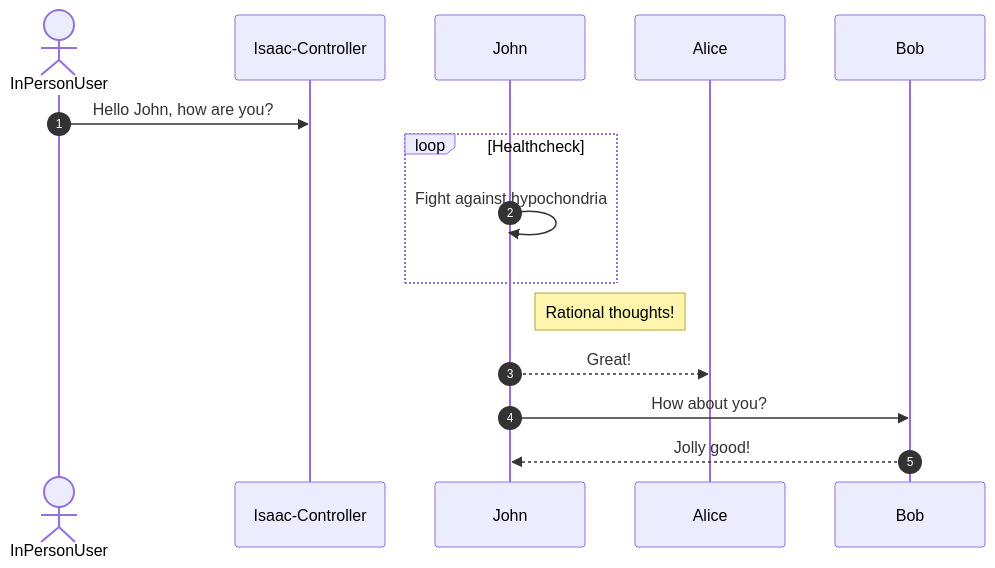
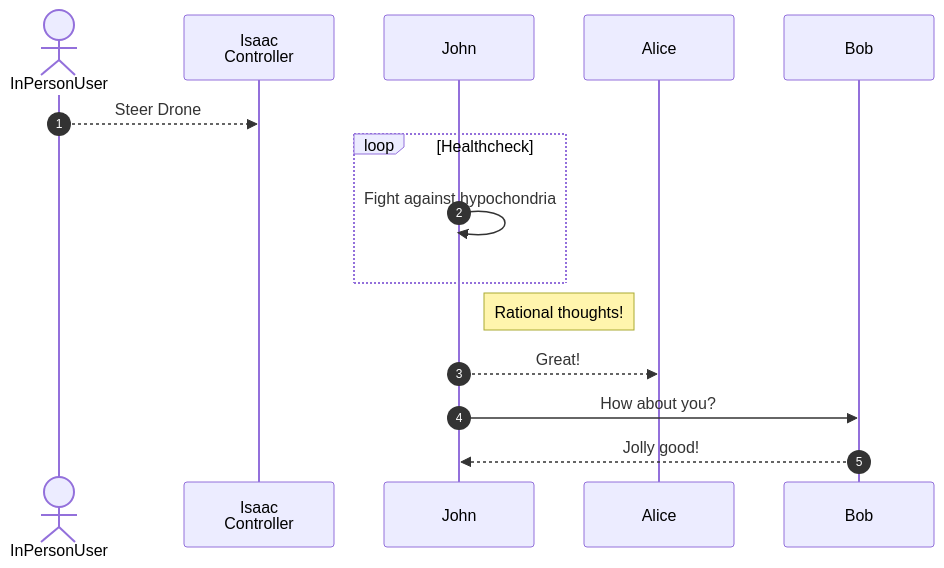
One commit to HFSKSN/hfsksn.github.io changed the fourth of 4 diagrams in docs/Appendix/04-Examples-to-Remove/charts.md. Above: the diagram before and after it, drawn with Mermaid.

````diff
--- a/docs/Appendix/04-Examples-to-Remove/charts.md
+++ b/docs/Appendix/04-Examples-to-Remove/charts.md
@@ -43,13 +43,14 @@
 ``` mermaid
 sequenceDiagram
   autonumber
   actor P as InPersonUser
-  P->>Isaac-Controller: Hello John, how are you?
+  participant I as Isaac<br/>Controller
+  P-->>I: Steer Drone
   loop Healthcheck
       John->>John: Fight against hypochondria
   end
   Note right of John: Rational thoughts!
   John-->>Alice: Great!
   John->>Bob: How about you?
   Bob-->>John: Jolly good!
 ```
````
